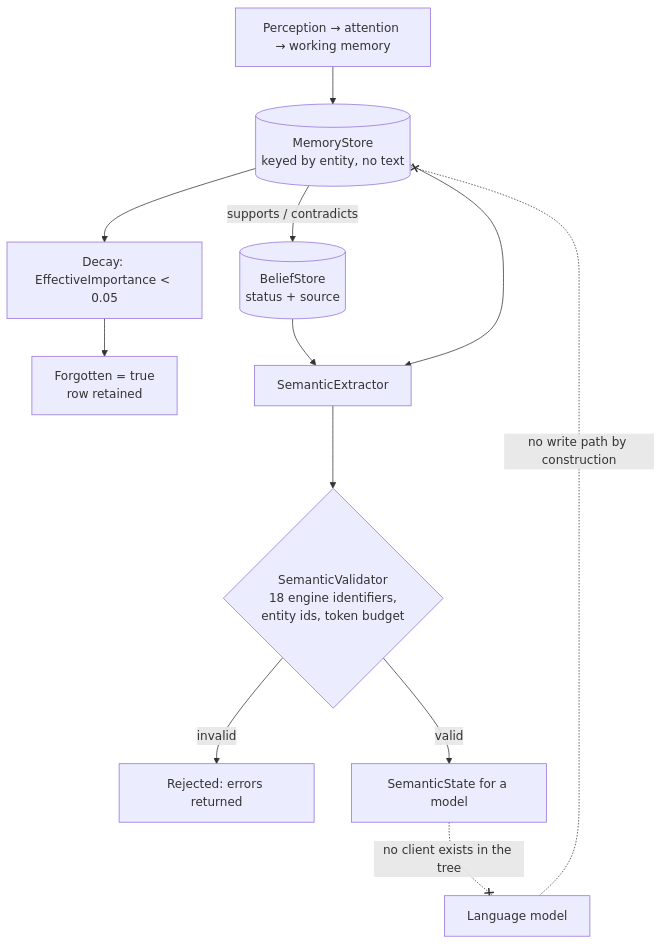
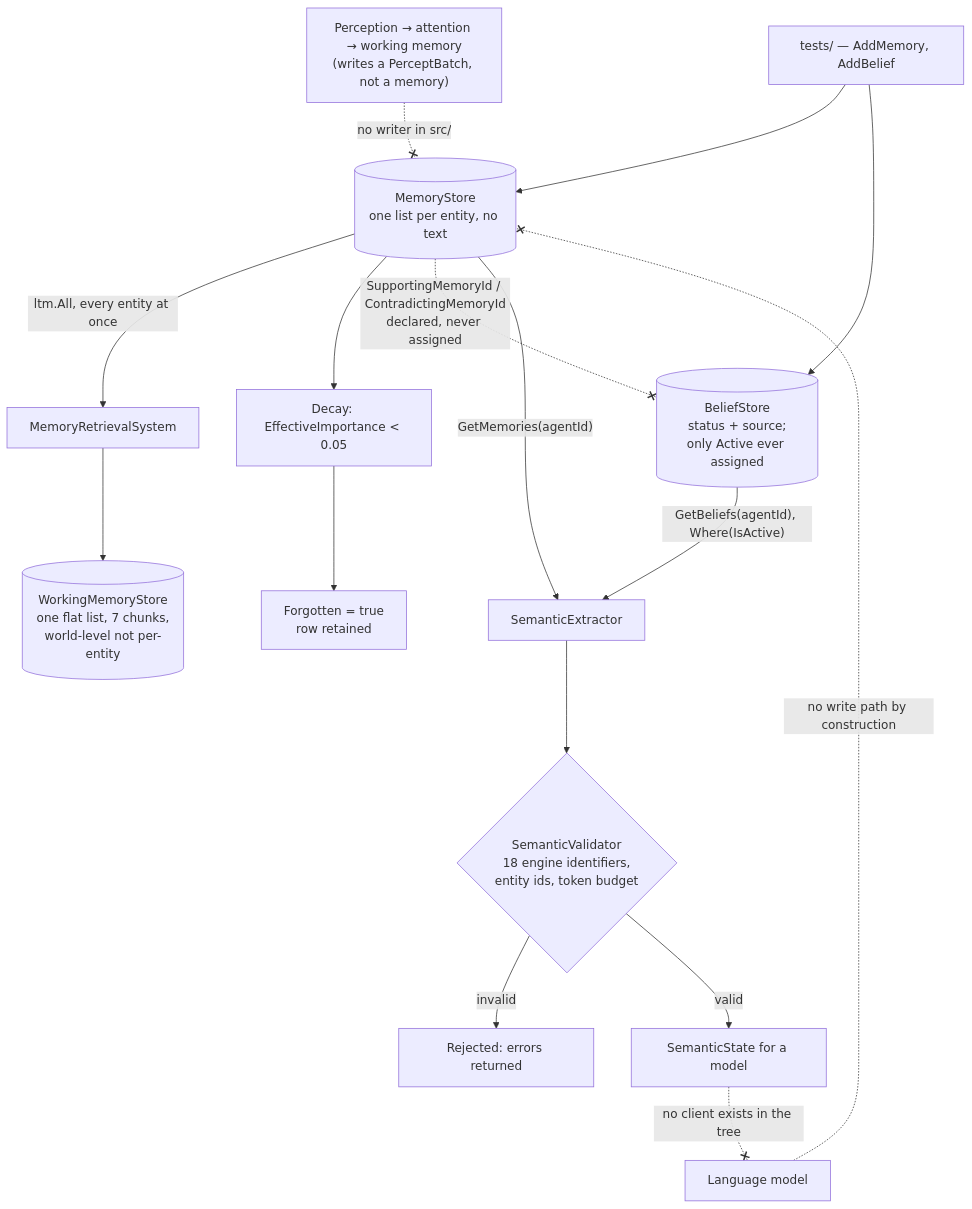
One commit to neoneye/agent-memory-atlas changed the diagram in content/systems/aeris.md. Above: the diagram before and after it, drawn with Mermaid. The commit also changed other lines of this file and 424 other files, not shown here.

````diff
--- a/content/systems/aeris.md
+++ b/content/systems/aeris.md
@@ -103,15 +135,19 @@
 ```mermaid
-%% caption: memories carry no text and decay to a retained forgotten row; the validator refuses any projection carrying engine identifiers, and no model client exists in the tree to receive one
+%% caption: memories carry no text and decay to a retained forgotten row; nothing in the engine writes one, the retrieval pass flattens every entity's memories into one seven-chunk working memory, and the validator refuses any projection carrying engine identifiers
 flowchart TD
-    P["Perception → attention → working memory"] --> M[("MemoryStore<br/>keyed by entity, no text")]
+    P["Perception → attention → working memory<br/>(writes a PerceptBatch, not a memory)"] -. "no writer in src/" .-x M[("MemoryStore<br/>one list per entity, no text")]
+    T["tests/ — AddMemory, AddBelief"] --> M
+    M -- "ltm.All, every entity at once" --> RS["MemoryRetrievalSystem"]
+    RS --> WM[("WorkingMemoryStore<br/>one flat list, 7 chunks,<br/>world-level not per-entity")]
     M --> D["Decay: EffectiveImportance < 0.05"]
     D --> F["Forgotten = true<br/>row retained"]
-    M -- "supports / contradicts" --> B[("BeliefStore<br/>status + source")]
-    B --> S["SemanticExtractor"]
-    M --> S
+    T --> B[("BeliefStore<br/>status + source;<br/>only Active ever assigned")]
+    M -. "SupportingMemoryId / ContradictingMemoryId<br/>declared, never assigned" .-x B
+    B -- "GetBeliefs(agentId), Where(IsActive)" --> S["SemanticExtractor"]
+    M -- "GetMemories(agentId)" --> S
     S --> V{"SemanticValidator<br/>18 engine identifiers,<br/>entity ids, token budget"}
     V -- "invalid" --> R["Rejected: errors returned"]
     V -- "valid" --> OUT["SemanticState for a model"]
     OUT -. "no client exists in the tree" .-x LLM["Language model"]
     LLM -. "no write path by construction" .-x M
 ```
````
